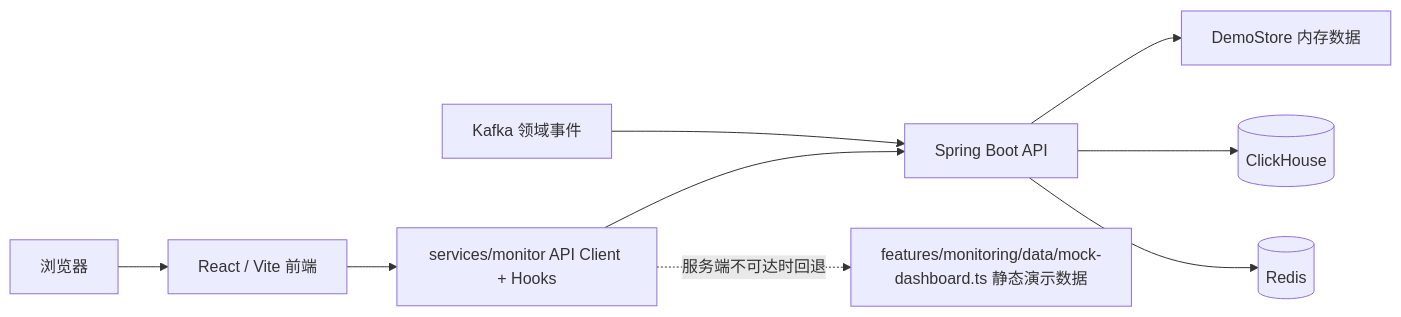
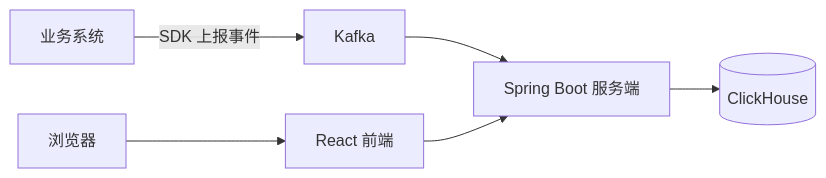
The diagram in README.md (ivanmissu/monitor-order-monitoring-prototype), drawn with Mermaid before and after one commit. The commit also changed other lines of this file and 14 other files, not shown here.

````diff
--- a/README.md
+++ b/README.md
@@ -45,11 +9,7 @@
 ```mermaid
 flowchart LR
-    Browser[浏览器] --> UI[React / Vite 前端]
-    UI --> Client[services/monitor API Client + Hooks]
-    Client --> API[Spring Boot API]
-    Client -. 服务端不可达时回退 .-> Mock[features/monitoring/data/mock-dashboard.ts 静态演示数据]
-    API --> Demo[DemoStore 内存数据]
+    Biz[业务系统] -->|SDK 上报事件| Kafka[Kafka]
+    Kafka --> API[Spring Boot 服务端]
     API --> CH[(ClickHouse)]
-    API --> Redis[(Redis)]
-    Kafka[Kafka 领域事件] --> API
+    Browser[浏览器] --> UI[React 前端] --> API
 ```
````
